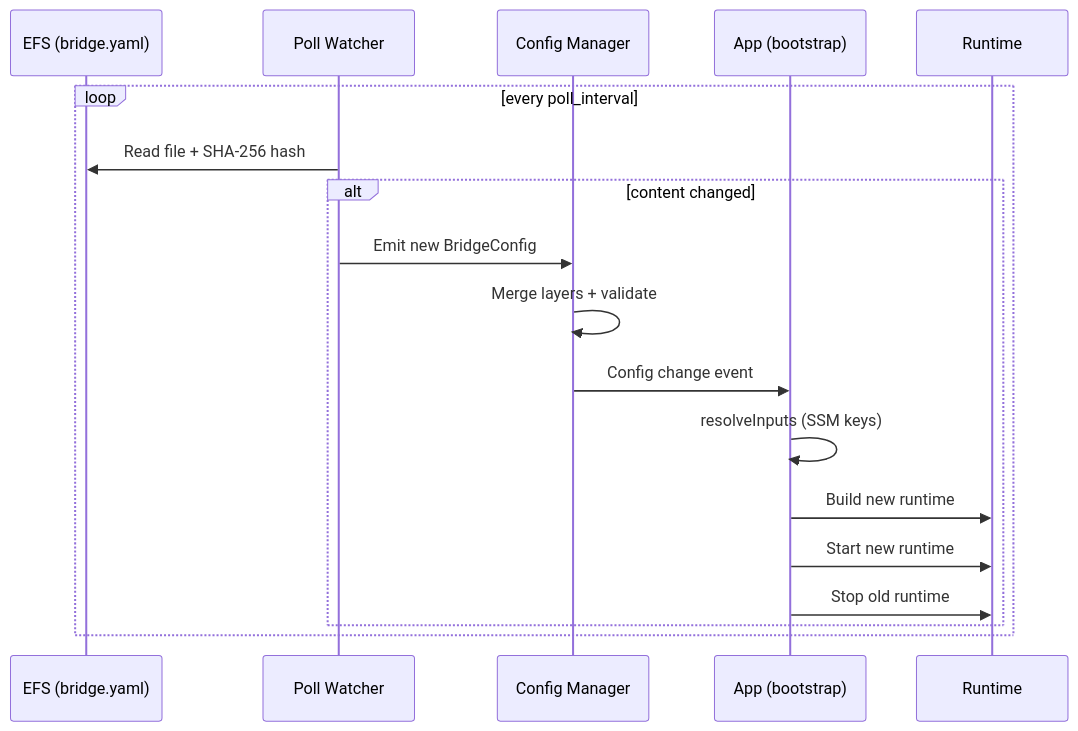
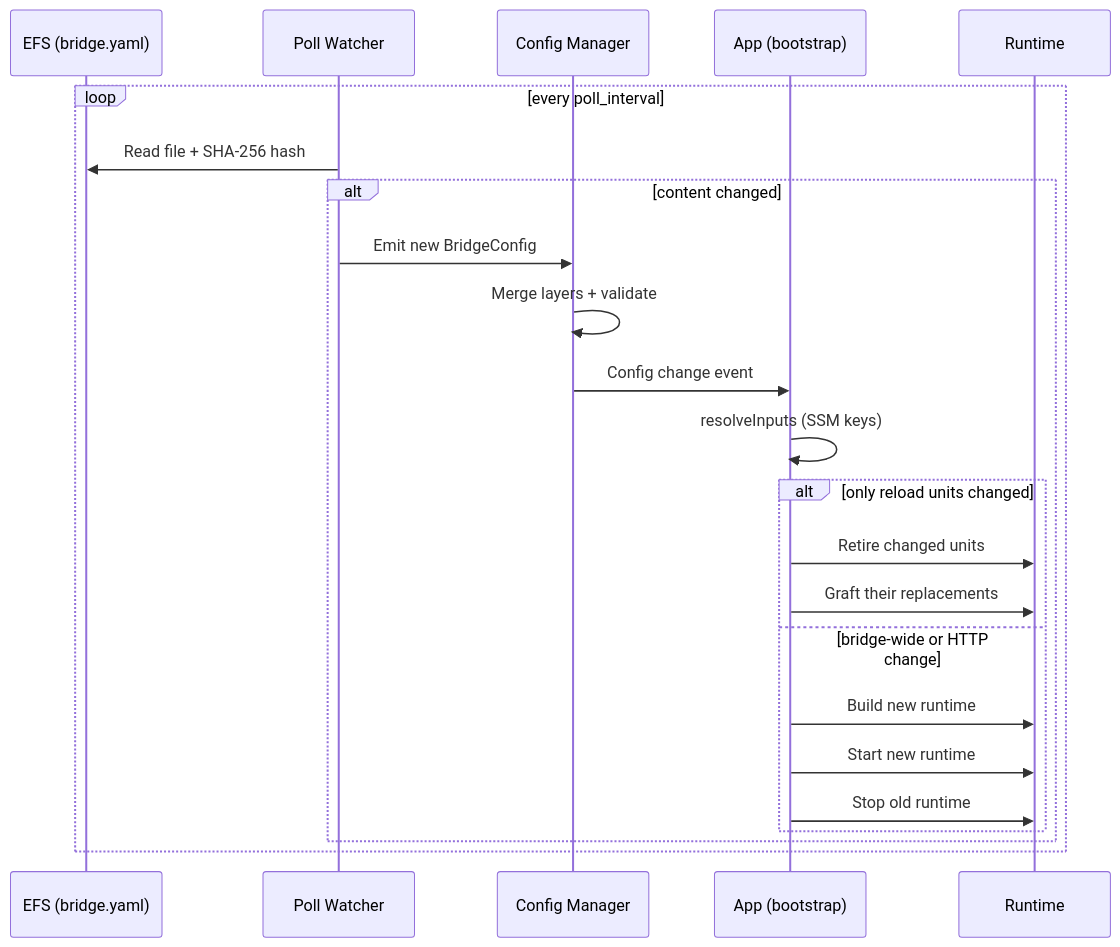
The first of 2 diagrams in docs/aws-deployment/config-reload.md (mariotoffia/gobridge), drawn with Mermaid before and after one commit. The commit also changed other lines of this file and 16 other files, not shown here.

````diff
--- a/docs/aws-deployment/config-reload.md
+++ b/docs/aws-deployment/config-reload.md
@@ -13,21 +13,26 @@
 ```mermaid
 sequenceDiagram
     participant EFS as EFS (bridge.yaml)
     participant W as Poll Watcher
     participant M as Config Manager
     participant A as App (bootstrap)
     participant RT as Runtime
 
     loop every poll_interval
         W->>EFS: Read file + SHA-256 hash
         alt content changed
             W->>M: Emit new BridgeConfig
             M->>M: Merge layers + validate
             M->>A: Config change event
             A->>A: resolveInputs (SSM keys)
-            A->>RT: Build new runtime
-            A->>RT: Start new runtime
-            A->>RT: Stop old runtime
+            alt only reload units changed
+                A->>RT: Retire changed units
+                A->>RT: Graft their replacements
+            else bridge-wide or HTTP change
+                A->>RT: Build new runtime
+                A->>RT: Start new runtime
+                A->>RT: Stop old runtime
+            end
         end
     end
 ```
````
